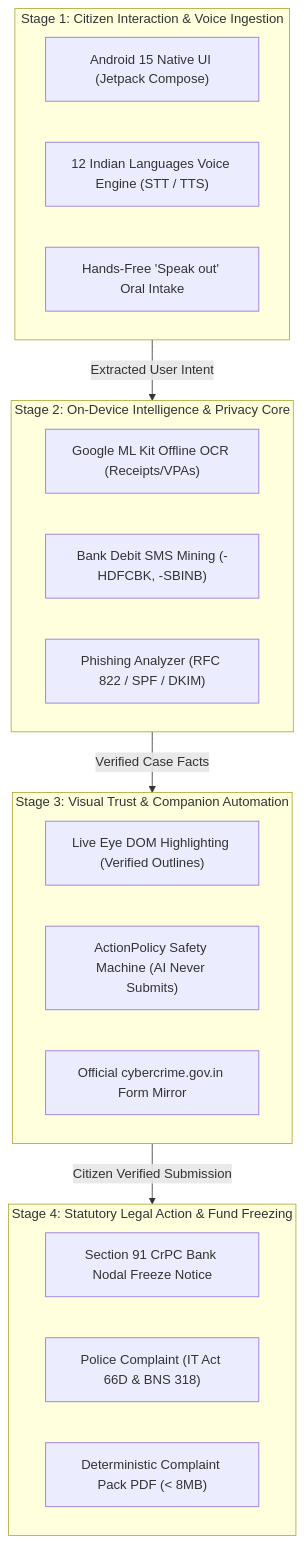
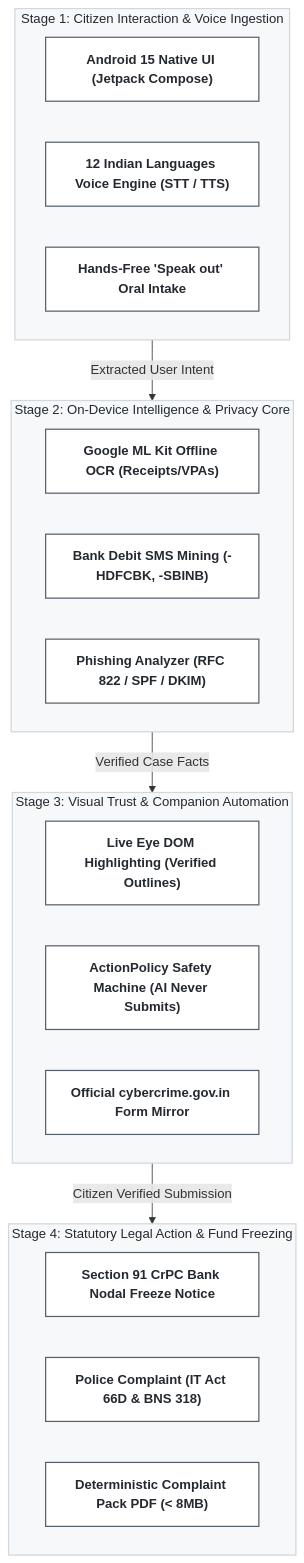
One commit to vijjada/cyber-victim-assistant changed the second of 3 diagrams in README.md. Above: the diagram before and after it, drawn with Mermaid. The commit also changed other lines of this file, not shown here.

Commit message:
docs: set System Architecture diagram exclusively to uncolored monochrome

````diff
--- a/README.md
+++ b/README.md
@@ -60,30 +70,38 @@
 ```mermaid
 flowchart TD
+    classDef uncolored fill:#FFFFFF,stroke:#57606A,stroke-width:1.5px,color:#24292F,font-weight:bold;
+
     subgraph S1 ["Stage 1: Citizen Interaction & Voice Ingestion"]
         A1["Android 15 Native UI (Jetpack Compose)"]
         A2["12 Indian Languages Voice Engine (STT / TTS)"]
         A3["Hands-Free 'Speak out' Oral Intake"]
     end
 
     subgraph S2 ["Stage 2: On-Device Intelligence & Privacy Core"]
         B1["Google ML Kit Offline OCR (Receipts/VPAs)"]
         B2["Bank Debit SMS Mining (-HDFCBK, -SBINB)"]
         B3["Phishing Analyzer (RFC 822 / SPF / DKIM)"]
     end
 
     subgraph S3 ["Stage 3: Visual Trust & Companion Automation"]
         C1["Live Eye DOM Highlighting (Verified Outlines)"]
         C2["ActionPolicy Safety Machine (AI Never Submits)"]
         C3["Official cybercrime.gov.in Form Mirror"]
     end
 
     subgraph S4 ["Stage 4: Statutory Legal Action & Fund Freezing"]
         D1["Section 91 CrPC Bank Nodal Freeze Notice"]
         D2["Police Complaint (IT Act 66D & BNS 318)"]
         D3["Deterministic Complaint Pack PDF (< 8MB)"]
     end
 
     S1 -->|"Extracted User Intent"| S2
     S2 -->|"Verified Case Facts"| S3
     S3 -->|"Citizen Verified Submission"| S4
+
+    class A1,A2,A3,B1,B2,B3,C1,C2,C3,D1,D2,D3 uncolored;
+    style S1 fill:#F6F8FA,stroke:#D0D7DE,stroke-width:1.5px,color:#24292F;
+    style S2 fill:#F6F8FA,stroke:#D0D7DE,stroke-width:1.5px,color:#24292F;
+    style S3 fill:#F6F8FA,stroke:#D0D7DE,stroke-width:1.5px,color:#24292F;
+    style S4 fill:#F6F8FA,stroke:#D0D7DE,stroke-width:1.5px,color:#24292F;
 ```
````
